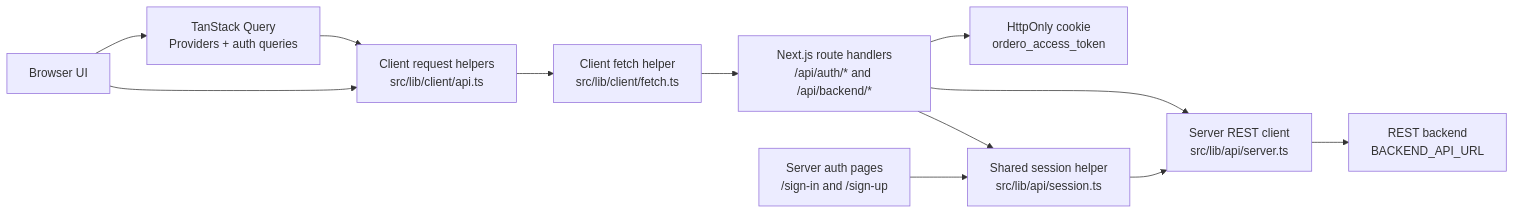
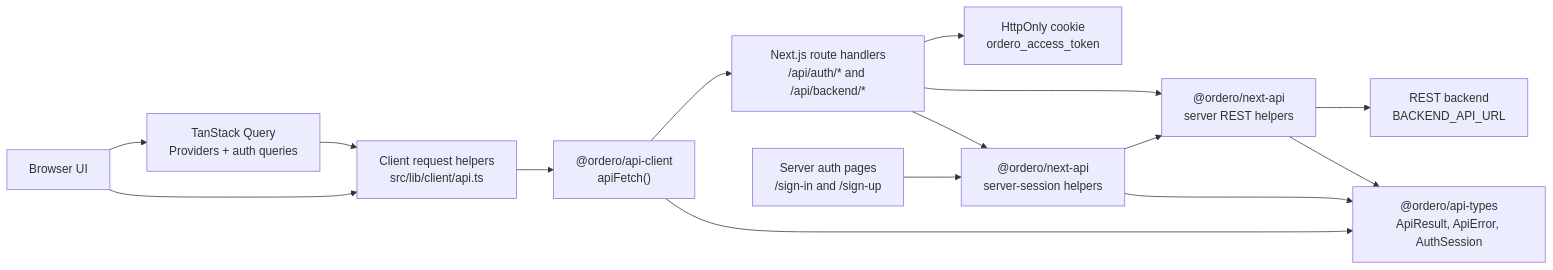
The first of 7 diagrams in docs/http-auth.md (ordero-biz/monorepo), drawn with Mermaid before and after one commit. The commit also changed other lines of this file and 44 other files, not shown here.

````diff
--- a/docs/http-auth.md
+++ b/docs/http-auth.md
@@ -11,25 +12,29 @@
 ```mermaid
 flowchart LR
   browser["Browser UI"]
   authPage["Server auth pages<br/>/sign-in and /sign-up"]
   clientApi["Client request helpers<br/>src/lib/client/api.ts"]
-  clientFetch["Client fetch helper<br/>src/lib/client/fetch.ts"]
+  clientFetch["@ordero/api-client<br/>apiFetch()"]
   query["TanStack Query<br/>Providers + auth queries"]
   nextApi["Next.js route handlers<br/>/api/auth/* and /api/backend/*"]
   cookie["HttpOnly cookie<br/>ordero_access_token"]
-  session["Shared session helper<br/>src/lib/api/session.ts"]
-  serverApi["Server REST client<br/>src/lib/api/server.ts"]
+  session["@ordero/next-api<br/>server-session helpers"]
+  serverApi["@ordero/next-api<br/>server REST helpers"]
+  types["@ordero/api-types<br/>ApiResult, ApiError, AuthSession"]
   backend["REST backend<br/>BACKEND_API_URL"]
 
   authPage --> session
   browser --> clientApi
   browser --> query
   query --> clientApi
   clientApi --> clientFetch
   clientFetch --> nextApi
   nextApi --> cookie
   nextApi --> session
   session --> serverApi
   nextApi --> serverApi
+  clientFetch --> types
+  session --> types
+  serverApi --> types
   serverApi --> backend
 ```
````
